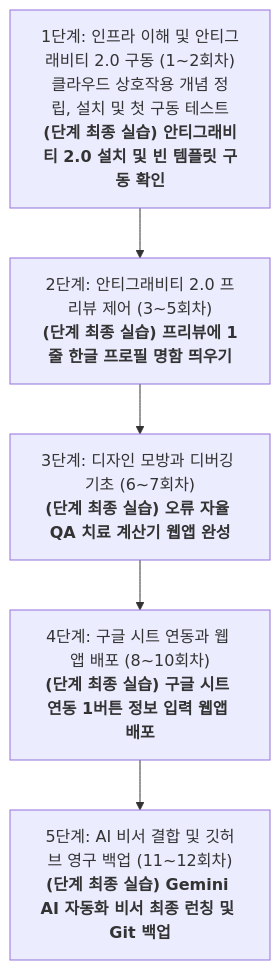
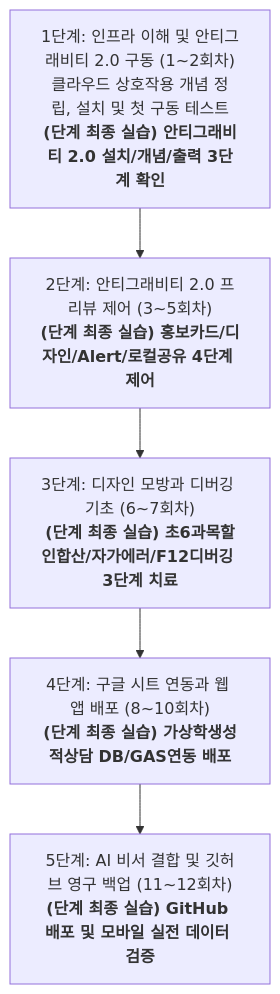
The diagram in AI_Education_Curriculum_12Weeks.md (AI-aca/AIEdu), drawn with Mermaid before and after one commit. The commit also changed other lines of this file and 1 other file, not shown here.

````diff
--- a/AI_Education_Curriculum_12Weeks.md
+++ b/AI_Education_Curriculum_12Weeks.md
@@ -14,7 +14,7 @@
 ```mermaid
 graph TD
-    A["1단계: 인프라 이해 및 안티그래비티 2.0 구동 (1~2회차)<br>클라우드 상호작용 개념 정립, 설치 및 첫 구동 테스트<br><b>(단계 최종 실습) 안티그래비티 2.0 설치 및 빈 템플릿 구동 확인</b>"] --> B["2단계: 안티그래비티 2.0 프리뷰 제어 (3~5회차)<br><b>(단계 최종 실습) 프리뷰에 1줄 한글 프로필 명함 띄우기</b>"]
-    B --> C["3단계: 디자인 모방과 디버깅 기초 (6~7회차)<br><b>(단계 최종 실습) 오류 자율 QA 치료 계산기 웹앱 완성</b>"]
-    C --> D["4단계: 구글 시트 연동과 웹 앱 배포 (8~10회차)<br><b>(단계 최종 실습) 구글 시트 연동 1버튼 정보 입력 웹앱 배포</b>"]
-    D --> E["5단계: AI 비서 결합 및 깃허브 영구 백업 (11~12회차)<br><b>(단계 최종 실습) Gemini AI 자동화 비서 최종 런칭 및 Git 백업</b>"]
+    A["1단계: 인프라 이해 및 안티그래비티 2.0 구동 (1~2회차)<br>클라우드 상호작용 개념 정립, 설치 및 첫 구동 테스트<br><b>(단계 최종 실습) 안티그래비티 2.0 설치/개념/출력 3단계 확인</b>"] --> B["2단계: 안티그래비티 2.0 프리뷰 제어 (3~5회차)<br><b>(단계 최종 실습) 홍보카드/디자인/Alert/로컬공유 4단계 제어</b>"]
+    B --> C["3단계: 디자인 모방과 디버깅 기초 (6~7회차)<br><b>(단계 최종 실습) 초6과목할인합산/자가에러/F12디버깅 3단계 치료</b>"]
+    C --> D["4단계: 구글 시트 연동과 웹 앱 배포 (8~10회차)<br><b>(단계 최종 실습) 가상학생성적상담 DB/GAS연동 배포</b>"]
+    D --> E["5단계: AI 비서 결합 및 깃허브 영구 백업 (11~12회차)<br><b>(단계 최종 실습) GitHub 배포 및 모바일 실전 데이터 검증</b>"]
 ```
````
